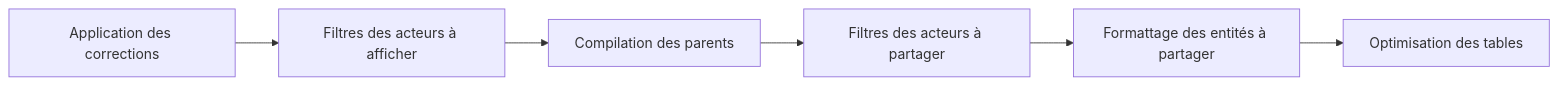
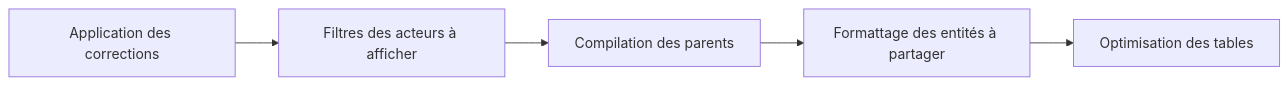
One commit to incubateur-ademe/quefairedemesobjets changed the second of 3 diagrams in docs/explications/data/dbt/flux-dbt.md. Above: the diagram before and after it, drawn with Mermaid. The commit also changed 2 other files, not shown here.

````diff
--- a/docs/explications/data/dbt/flux-dbt.md
+++ b/docs/explications/data/dbt/flux-dbt.md
@@ -35,4 +35,4 @@
 ```mermaid
 graph LR
-    A[Application des corrections] --> B[Filtres des acteurs à afficher] --> C[Compilation des parents] --> D[Filtres des acteurs à partager] --> E[Formattage des entités à partager] --> F[Optimisation des tables]
+    A[Application des corrections] --> B[Filtres des acteurs à afficher] --> C[Compilation des parents] --> E[Formattage des entités à partager] --> F[Optimisation des tables]
 ```
````
